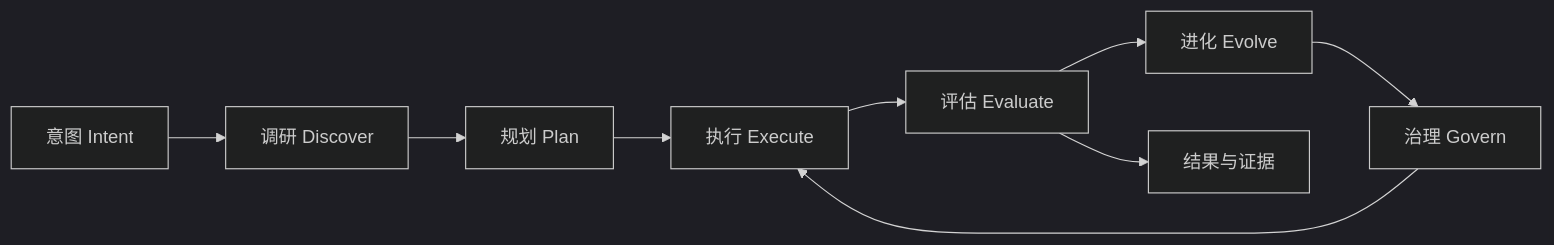
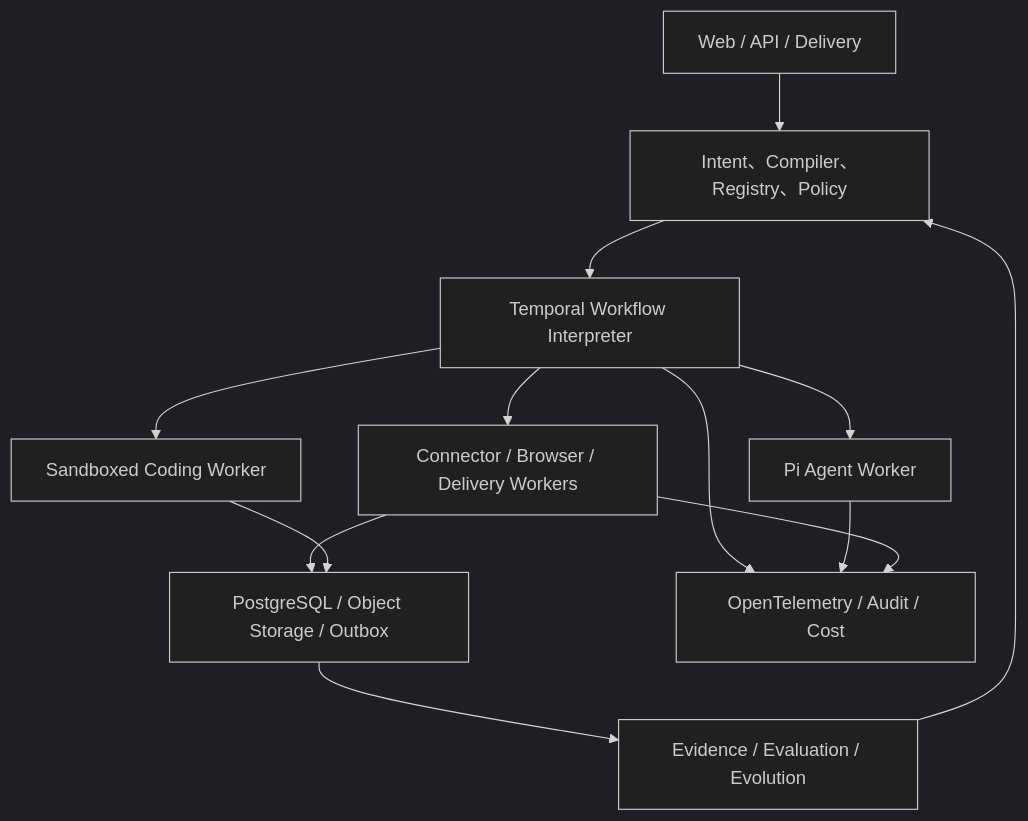
Before and after one commit to dvlin-dev/LoopEvo: the diagram in README.zh-CN.md, drawn with Mermaid (dark theme). The commit also changed other lines of this file and 8 other files, not shown here.

Commit message:
docs: define LoopEvo product architecture

````diff
--- a/README.zh-CN.md
+++ b/README.zh-CN.md
@@ -22,11 +86,16 @@
 ```mermaid
-flowchart LR
-    I["意图 Intent"] --> D["调研 Discover"]
-    D --> P["规划 Plan"]
-    P --> X["执行 Execute"]
-    X --> V["评估 Evaluate"]
-    V --> E["进化 Evolve"]
-    E --> G["治理 Govern"]
-    G --> X
-    V --> O["结果与证据"]
+flowchart TB
+    UX["Web / API / Delivery"] --> CTRL["Intent、Compiler、Registry、Policy"]
+    CTRL --> TEMP["Temporal Workflow Interpreter"]
+    TEMP --> PI["Pi Agent Worker"]
+    TEMP --> CAP["Connector / Browser / Delivery Workers"]
+    TEMP --> CODE["Sandboxed Coding Worker"]
+    DATA["PostgreSQL / Object Storage / Outbox"]
+    CAP --> DATA
+    CODE --> DATA
+    DATA --> EVAL["Evidence / Evaluation / Evolution"]
+    EVAL --> CTRL
+    TEMP --> OBS["OpenTelemetry / Audit / Cost"]
+    PI --> OBS
+    CAP --> OBS
 ```
````
